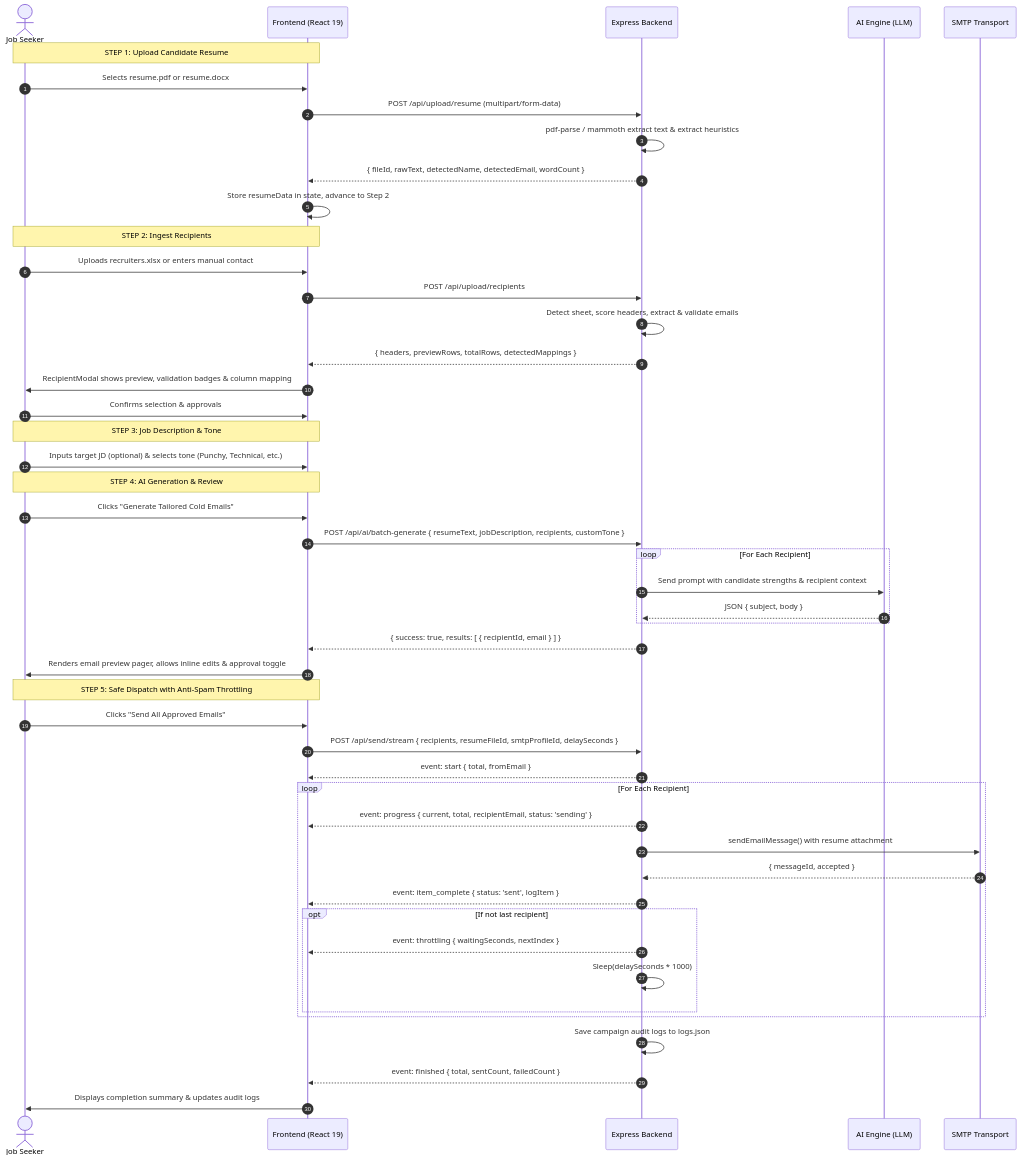
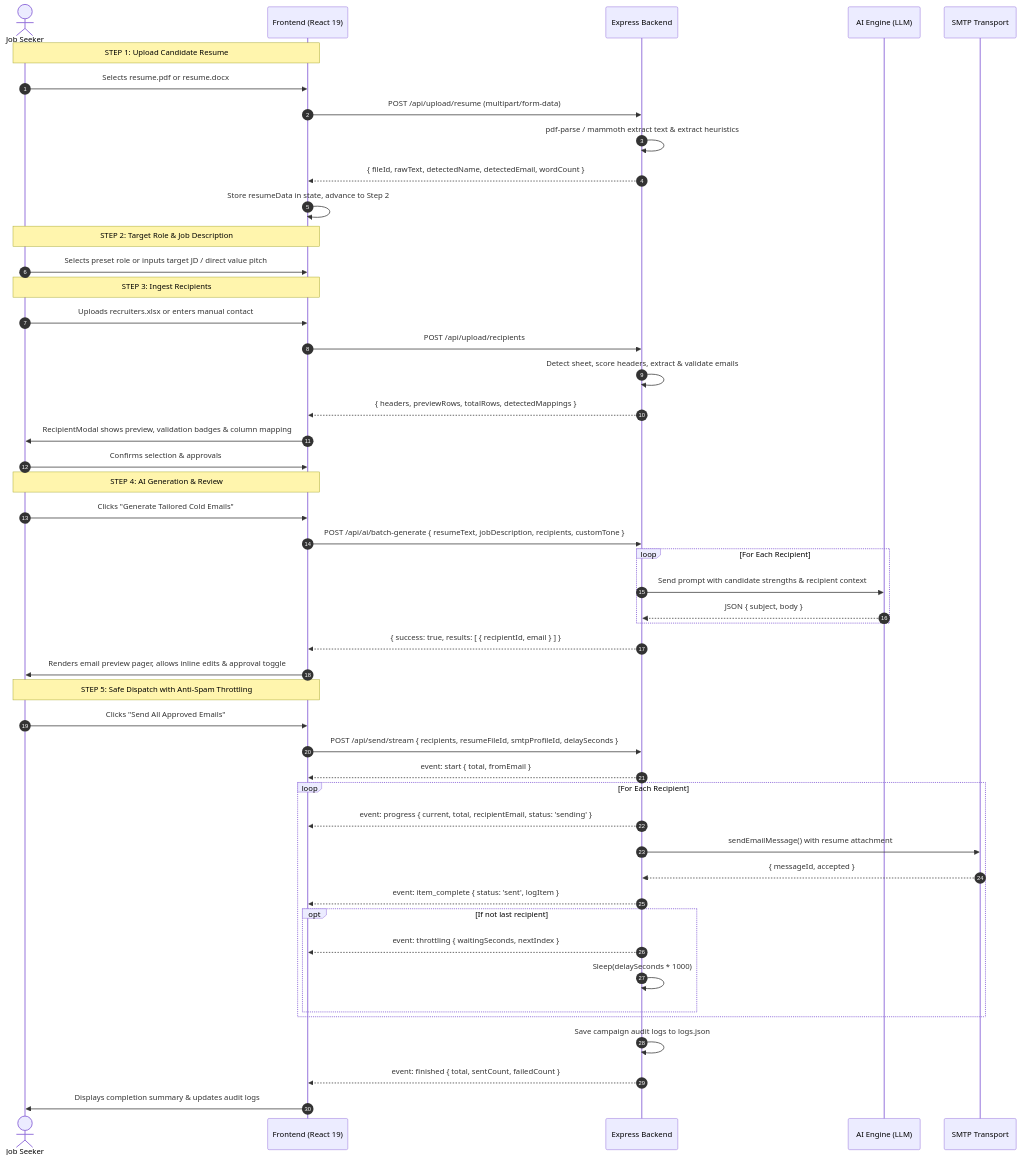
The second of 6 diagrams in ARCHITECTURE.md (kasukurthiabhishek2-sketch/jobMailer), drawn with Mermaid before and after one commit. The commit also changed other lines of this file and 76 other files, not shown here.

````diff
--- a/ARCHITECTURE.md
+++ b/ARCHITECTURE.md
@@ -142,55 +148,55 @@
 ```mermaid
 sequenceDiagram
     autonumber
     actor User as Job Seeker
     participant UI as Frontend (React 19)
     participant Server as Express Backend
     participant AI as AI Engine (LLM)
     participant SMTP as SMTP Transport
 
     Note over User, UI: STEP 1: Upload Candidate Resume
     User->>UI: Selects resume.pdf or resume.docx
     UI->>Server: POST /api/upload/resume (multipart/form-data)
     Server->>Server: pdf-parse / mammoth extract text & extract heuristics
     Server-->>UI: { fileId, rawText, detectedName, detectedEmail, wordCount }
     UI->>UI: Store resumeData in state, advance to Step 2
 
-    Note over User, UI: STEP 2: Ingest Recipients
+    Note over User, UI: STEP 2: Target Role & Job Description
+    User->>UI: Selects preset role or inputs target JD / direct value pitch
+
+    Note over User, UI: STEP 3: Ingest Recipients
     User->>UI: Uploads recruiters.xlsx or enters manual contact
     UI->>Server: POST /api/upload/recipients
     Server->>Server: Detect sheet, score headers, extract & validate emails
     Server-->>UI: { headers, previewRows, totalRows, detectedMappings }
     UI->>User: RecipientModal shows preview, validation badges & column mapping
     User->>UI: Confirms selection & approvals
-
-    Note over User, UI: STEP 3: Job Description & Tone
-    User->>UI: Inputs target JD (optional) & selects tone (Punchy, Technical, etc.)
 
     Note over User, UI: STEP 4: AI Generation & Review
     User->>UI: Clicks "Generate Tailored Cold Emails"
     UI->>Server: POST /api/ai/batch-generate { resumeText, jobDescription, recipients, customTone }
     loop For Each Recipient
         Server->>AI: Send prompt with candidate strengths & recipient context
         AI-->>Server: JSON { subject, body }
     end
     Server-->>UI: { success: true, results: [ { recipientId, email } ] }
     UI->>User: Renders email preview pager, allows inline edits & approval toggle
 
     Note over User, UI: STEP 5: Safe Dispatch with Anti-Spam Throttling
     User->>UI: Clicks "Send All Approved Emails"
     UI->>Server: POST /api/send/stream { recipients, resumeFileId, smtpProfileId, delaySeconds }
     Server-->>UI: event: start { total, fromEmail }
     loop For Each Recipient
         Server-->>UI: event: progress { current, total, recipientEmail, status: 'sending' }
         Server->>SMTP: sendEmailMessage() with resume attachment
         SMTP-->>Server: { messageId, accepted }
         Server-->>UI: event: item_complete { status: 'sent', logItem }
         opt If not last recipient
             Server-->>UI: event: throttling { waitingSeconds, nextIndex }
             Server->>Server: Sleep(delaySeconds * 1000)
         end
     end
     Server->>Server: Save campaign audit logs to logs.json
     Server-->>UI: event: finished { total, sentCount, failedCount }
     UI->>User: Displays completion summary & updates audit logs
 ```
````
